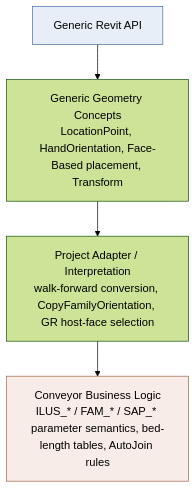
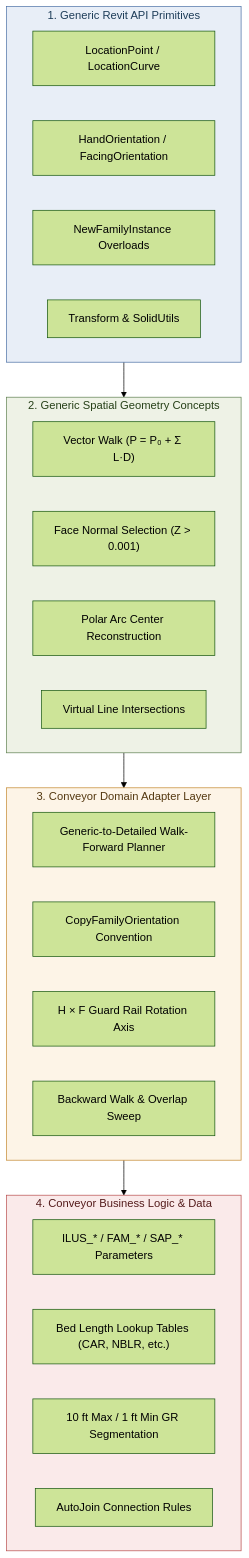
Before and after one commit to Mustafa-TOMMY/CommandSamplesRevitApiVer2025: diagram 20 of 20 in RevitApiSamples/Samples/TransformModule/ProjectCases/Conveyor/ConveyorFamilyGeometry.md, drawn with Mermaid (forest theme). The commit also changed other lines of this file, not shown here.

Commit message:
docs(transform): add comprehensive diagram suite to ConveyorFamilyGeometry.md

````diff
--- a/RevitApiSamples/Samples/TransformModule/ProjectCases/Conveyor/ConveyorFamilyGeometry.md
+++ b/RevitApiSamples/Samples/TransformModule/ProjectCases/Conveyor/ConveyorFamilyGeometry.md
@@ -1097,9 +987,43 @@
 ```mermaid
 flowchart TD
-    A["Generic Revit API"] --> B["Generic Geometry Concepts<br/>LocationPoint, HandOrientation, Face-Based placement, Transform"]
-    B --> C["Project Adapter / Interpretation<br/>walk-forward conversion, CopyFamilyOrientation, GR host-face selection"]
-    C --> D["Conveyor Business Logic<br/>ILUS_* / FAM_* / SAP_* parameter semantics, bed-length tables, AutoJoin rules"]
+    subgraph Layer1 ["1. Generic Revit API Primitives"]
+        L1A["LocationPoint / LocationCurve"]
+        L1B["HandOrientation / FacingOrientation"]
+        L1C["NewFamilyInstance Overloads"]
+        L1D["Transform & SolidUtils"]
+    end
 
-    style A fill:#e8eef7,stroke:#4a6fa5
-    style D fill:#f7ece8,stroke:#a5674a
+    subgraph Layer2 ["2. Generic Spatial Geometry Concepts"]
+        L2A["Vector Walk (P = P₀ + Σ L·D)"]
+        L2B["Face Normal Selection (Z > 0.001)"]
+        L2C["Polar Arc Center Reconstruction"]
+        L2D["Virtual Line Intersections"]
+    end
+
+    subgraph Layer3 ["3. Conveyor Domain Adapter Layer"]
+        L3A["Generic-to-Detailed Walk-Forward Planner"]
+        L3B["CopyFamilyOrientation Convention"]
+        L3C["H × F Guard Rail Rotation Axis"]
+        L3D["Backward Walk & Overlap Sweep"]
+    end
+
+    subgraph Layer4 ["4. Conveyor Business Logic & Data"]
+        L4A["ILUS_* / FAM_* / SAP_* Parameters"]
+        L4B["Bed Length Lookup Tables (CAR, NBLR, etc.)"]
+        L4C["10 ft Max / 1 ft Min GR Segmentation"]
+        L4D["AutoJoin Connection Rules"]
+    end
+
+    Layer1 --> Layer2
+    Layer2 --> Layer3
+    Layer3 --> Layer4
+
+    classDef l1 fill:#e8eef7,stroke:#4a6fa5,color:#1e3d59;
+    classDef l2 fill:#eef2e6,stroke:#608050,color:#264018;
+    classDef l3 fill:#fdf4e7,stroke:#c48830,color:#543810;
+    classDef l4 fill:#faeaea,stroke:#b84d4d,color:#541b1b;
+    class Layer1 l1
+    class Layer2 l2
+    class Layer3 l3
+    class Layer4 l4
 ```
````
